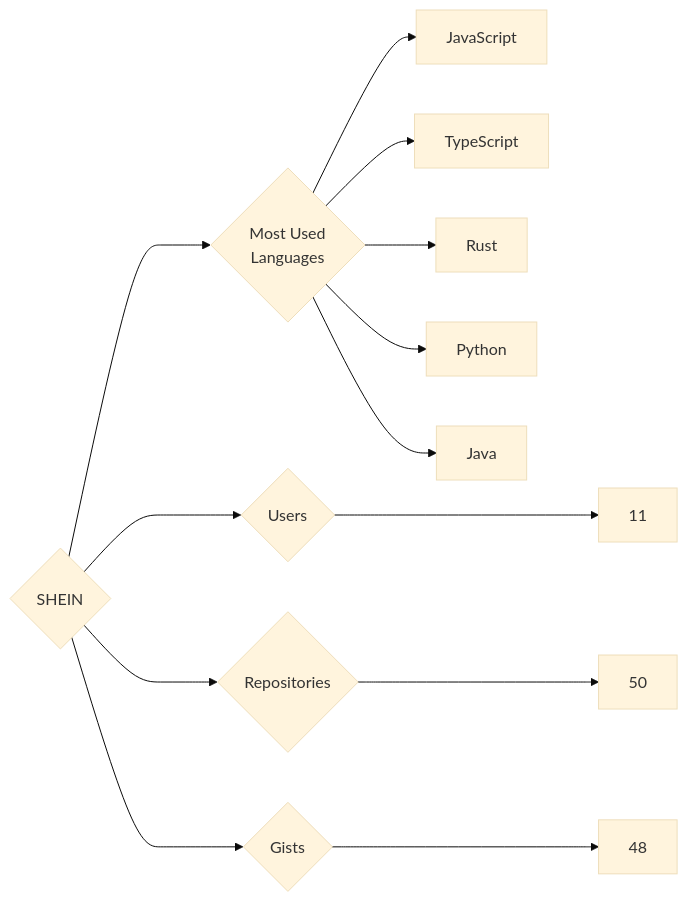
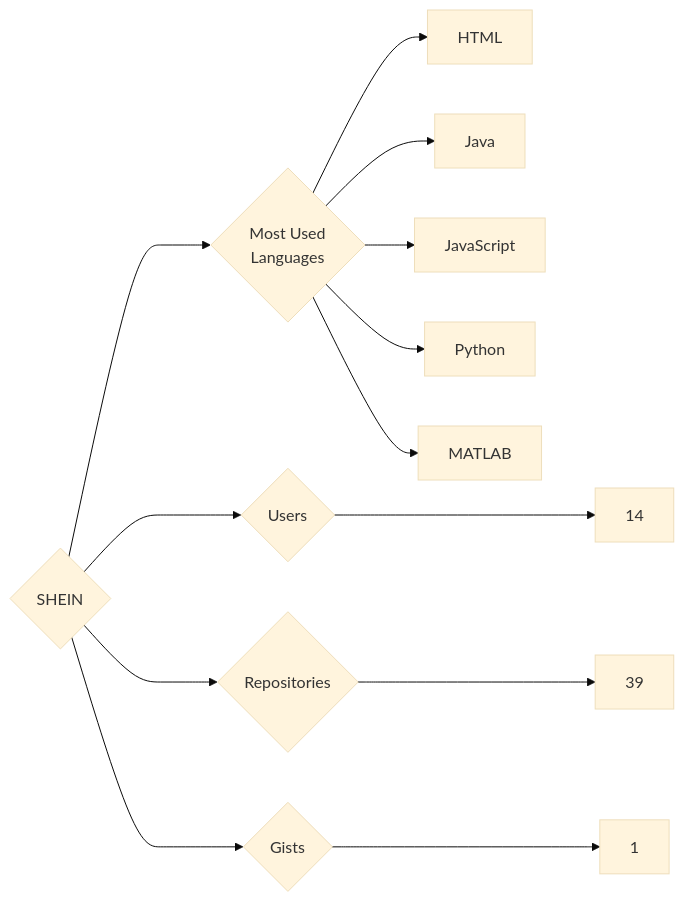
The diagram in targets/SHEIN/README.md (trickest/insiders), drawn with Mermaid (base theme) before and after one commit. The commit also changed 965 other files, not shown here.

````diff
--- a/targets/SHEIN/README.md
+++ b/targets/SHEIN/README.md
@@ -3,13 +3,13 @@
 ```mermaid
 graph LR
 COMPANY_NAME{SHEIN}
-COMPANY_NAME ---> U{Users} ---> UN[11]
-COMPANY_NAME ---> R{Repositories} ---> RN[50]
-COMPANY_NAME ---> G{Gists} ---> GN[48]
+COMPANY_NAME ---> U{Users} ---> UN[14]
+COMPANY_NAME ---> R{Repositories} ---> RN[39]
+COMPANY_NAME ---> G{Gists} ---> GN[1]
 COMPANY_NAME ---> ML{Most Used<br>Languages}
+ML --> HTML[HTML]
+ML --> Java[Java]
 ML --> JavaScript[JavaScript]
-ML --> TypeScript[TypeScript]
-ML --> Rust[Rust]
 ML --> Python[Python]
-ML --> Java[Java]
+ML --> MATLAB[MATLAB]
 ```
````
